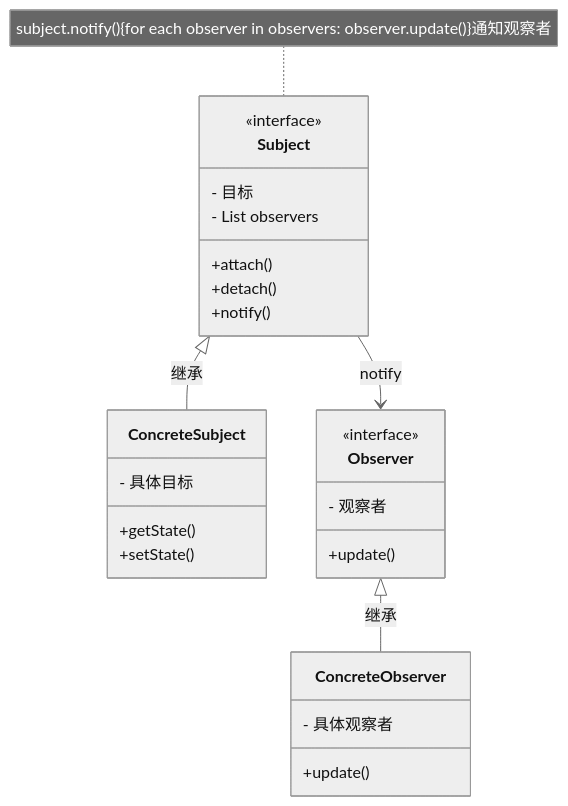
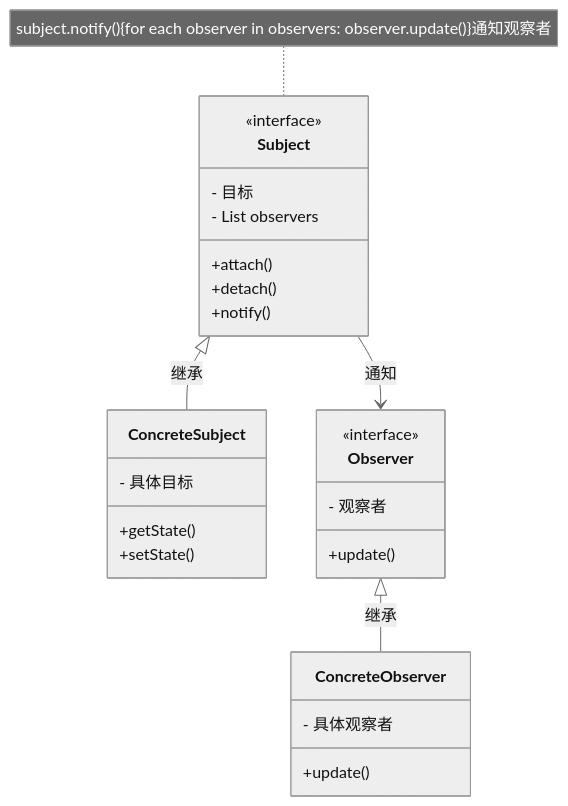
Before and after one commit to wulusai2333/java_jvm: diagram 17 of 23 in src/net/wulusai/designpattern/设计模式.md, drawn with Mermaid (neutral theme). The commit also changed other lines of this file, not shown here.

````diff
--- a/src/net/wulusai/designpattern/设计模式.md
+++ b/src/net/wulusai/designpattern/设计模式.md
@@ -612,29 +612,29 @@
 ```mermaid
 classDiagram
     class Subject {
         <<interface>>
         - 目标
         - List<Observer> observers
         +attach()
         +detach()
         +notify()
     }
     note for Subject "subject.notify(){for each observer in observers: observer.update()}通知观察者"
     class ConcreteSubject {
         - 具体目标
         +getState()
         +setState()
     }
     class Observer {
         <<interface>>
         - 观察者
         +update()
     }
     class ConcreteObserver {
         - 具体观察者
         +update()
     }
     Subject <|-- ConcreteSubject : 继承
     Observer <|-- ConcreteObserver : 继承
-    Subject --> Observer : notify
+    Subject --> Observer : 通知
 ```
````
